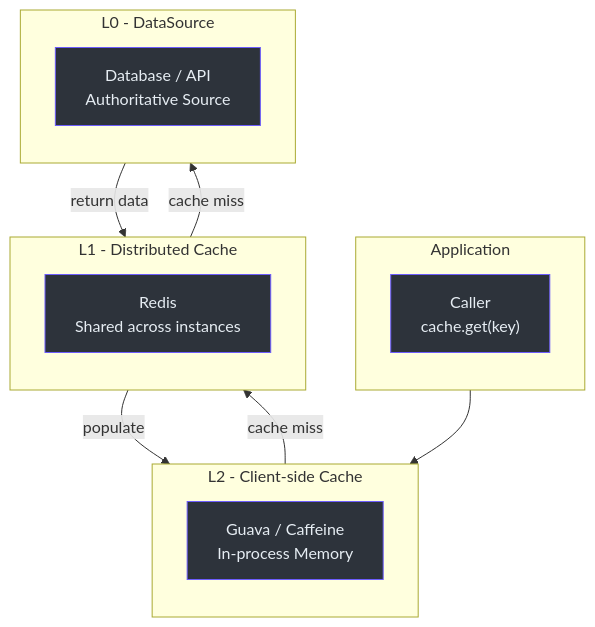
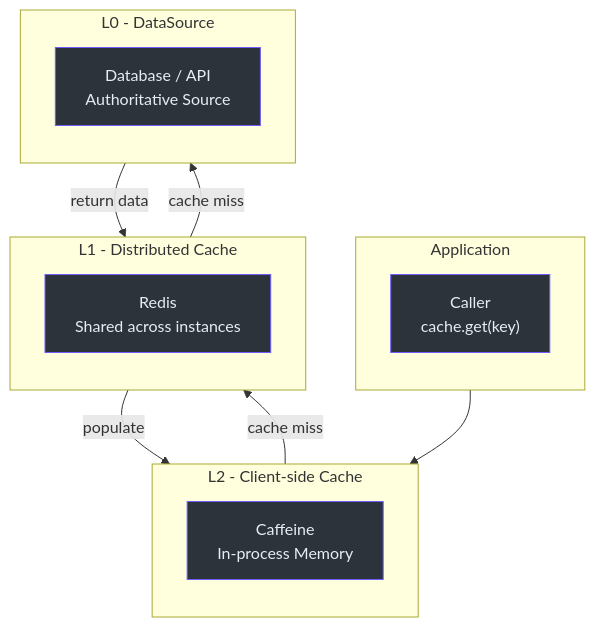
Before and after one commit to Ahoo-Wang/CoCache: the first of 4 diagrams in wiki/guide/index.md, drawn with Mermaid. The commit also changed other lines of this file and 256 other files, not shown here.

````diff
--- a/wiki/guide/index.md
+++ b/wiki/guide/index.md
@@ -22,33 +22,33 @@
 ```mermaid
 graph TB
     subgraph Application
         direction TB
         Caller["Caller<br>cache.get(key)"]
     end
 
     subgraph sg_20 ["L2 - Client-side Cache"]
         direction TB
-        L2["Guava / Caffeine<br>In-process Memory"]
+        L2["Caffeine<br>In-process Memory"]
     end
 
     subgraph sg_21 ["L1 - Distributed Cache"]
         direction TB
         L1["Redis<br>Shared across instances"]
     end
 
     subgraph sg_22 ["L0 - DataSource"]
         direction TB
         L0["Database / API<br>Authoritative Source"]
     end
 
     Caller --> L2
     L2 -->|"cache miss"| L1
     L1 -->|"cache miss"| L0
     L0 -->|"return data"| L1
     L1 -->|"populate"| L2
 
     style Caller fill:#2d333b,stroke:#6d5dfc,color:#e6edf3
     style L2 fill:#2d333b,stroke:#6d5dfc,color:#e6edf3
     style L1 fill:#2d333b,stroke:#6d5dfc,color:#e6edf3
     style L0 fill:#2d333b,stroke:#6d5dfc,color:#e6edf3
 ```
````
